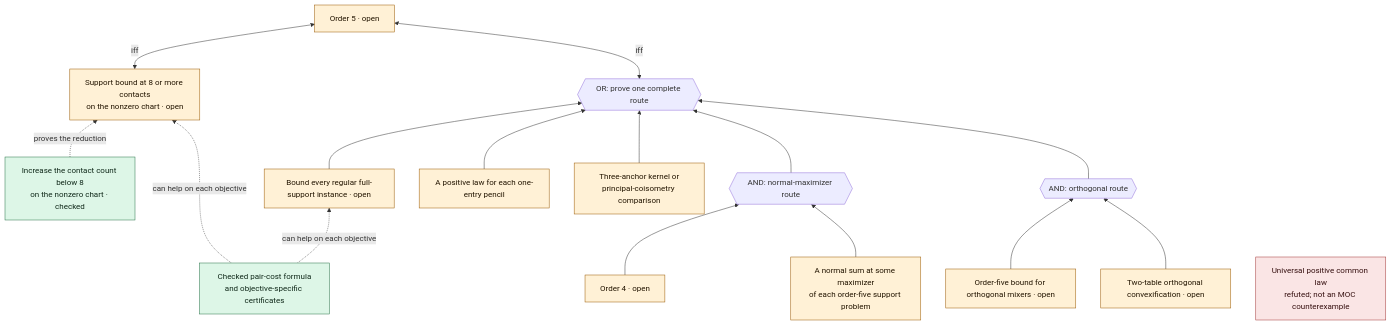
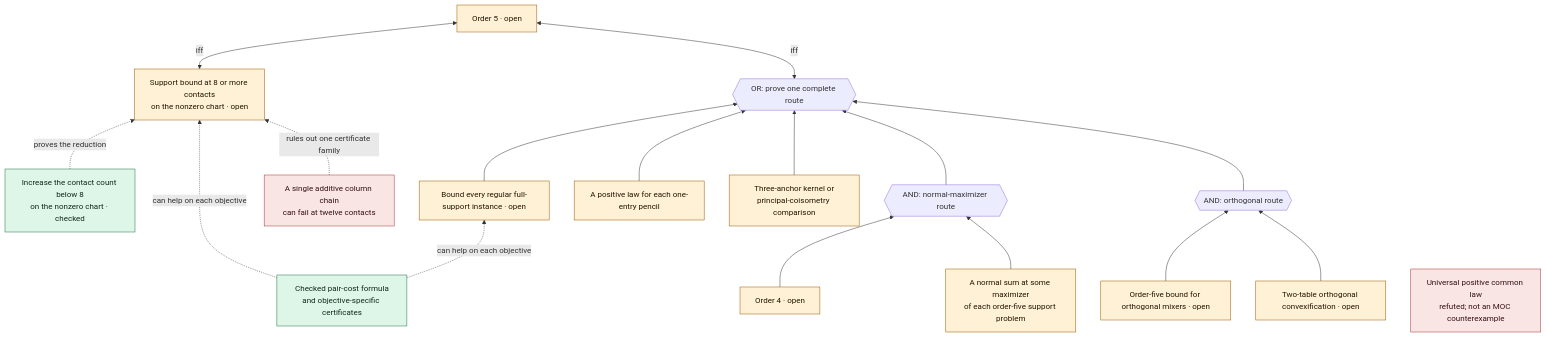
The third of 4 diagrams in Lean/ProofTree.md (ascendnoosphere/MOC), drawn with Mermaid before and after one commit. The commit also changed other lines of this file and 3 other files, not shown here.

````diff
--- a/Lean/ProofTree.md
+++ b/Lean/ProofTree.md
@@ -68,35 +68,37 @@
 ```mermaid
 flowchart BT
     FIVE["Order 5 · open"]:::open
     OR5{{"OR: prove one complete route"}}
     DENSE["Bound every regular full-support instance · open"]:::open
     PENCIL["A positive law for each one-entry pencil"]:::open
     CHART["Three-anchor kernel or<br/>principal-coisometry comparison"]:::open
     ANDN{{"AND: normal-maximizer route"}}
     FOUR["Order 4 · open"]:::open
     NORMAL["A normal sum at some maximizer<br/>of each order-five support problem"]:::open
     TRANSFER["Increase the contact count below 8<br/>on the nonzero chart · checked"]:::checked
     EIGHT["Support bound at 8 or more contacts<br/>on the nonzero chart · open"]:::open
     ANDO{{"AND: orthogonal route"}}
     REAL["Order-five bound for orthogonal mixers · open"]:::open
     MIX["Two-table orthogonal convexification · open"]:::open
+    CHAIN["A single additive column chain<br/>can fail at twelve contacts"]:::blocked
     COST["Checked pair-cost formula<br/>and objective-specific certificates"]:::checked
     DEAD["Universal positive common law<br/>refuted; not an MOC counterexample"]:::blocked
     DENSE --> OR5
     PENCIL --> OR5
     CHART --> OR5
     FOUR --> ANDN
     NORMAL --> ANDN
     TRANSFER -. proves the reduction .-> EIGHT
     EIGHT <-->|iff| FIVE
     REAL --> ANDO
     MIX --> ANDO
     ANDN --> OR5
     ANDO --> OR5
     COST -. can help on each objective .-> DENSE
     COST -. can help on each objective .-> EIGHT
+    CHAIN -. rules out one certificate family .-> EIGHT
     OR5 <-->|iff| FIVE
     classDef open fill:#fff1d6,stroke:#9a5900,color:#231500
     classDef checked fill:#ddf6e7,stroke:#287348,color:#10291a
     classDef blocked fill:#fae5e5,stroke:#a33434,color:#361010
 ```
````
